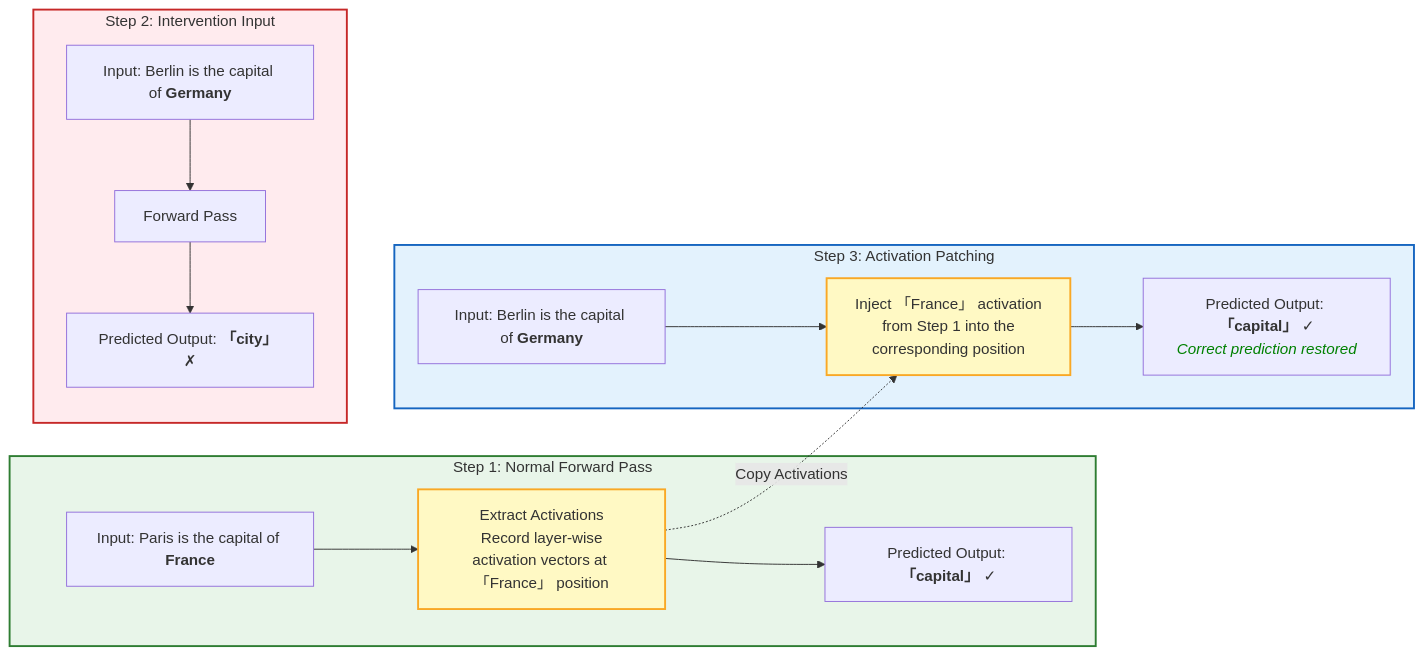
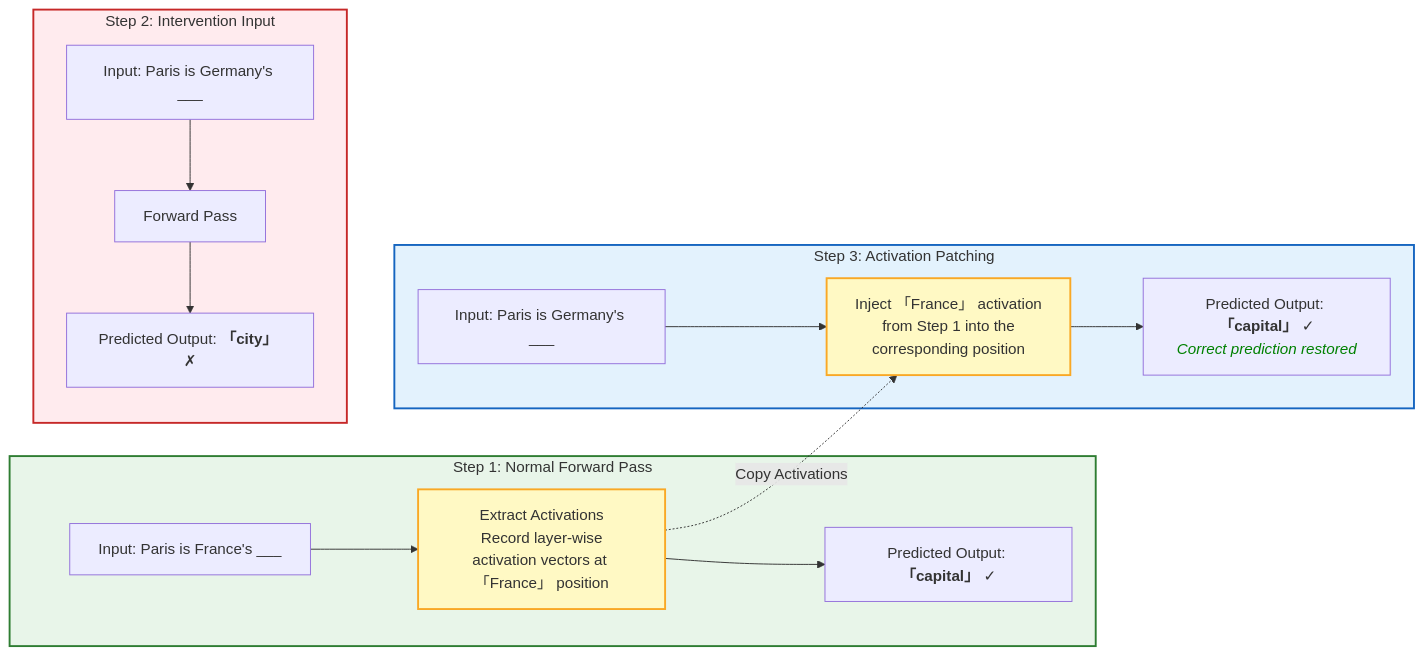
One commit to fenixsoft/dmla changed the third of 3 diagrams in docs/en/language-models/frontier/evaluation-safety.md. Above: the diagram before and after it, drawn with Mermaid. The commit also changed other lines of this file and 1 other file, not shown here.

Commit message:
feat: 校审 evaluation-safety — Causal Tracing示例修复

````diff
--- a/docs/en/language-models/frontier/evaluation-safety.md
+++ b/docs/en/language-models/frontier/evaluation-safety.md
@@ -155,22 +155,22 @@
 ```mermaid compact
 graph LR
     subgraph S1["Step 1: Normal Forward Pass"]
-        N1["Input: Paris is the capital of <b>France</b>"] --> N2["Extract Activations<br/>Record layer-wise<br/>activation vectors at 「France」 position"]
+        N1["Input: Paris is France's ___"] --> N2["Extract Activations<br/>Record layer-wise<br/>activation vectors at 「France」 position"]
         N2 --> N3["Predicted Output: <b>「capital」</b> ✓"]
     end
     subgraph S2["Step 2: Intervention Input"]
-        I1["Input: Berlin is the capital of <b>Germany</b>"] --> I2["Forward Pass"]
+        I1["Input: Paris is Germany's ___"] --> I2["Forward Pass"]
         I2 --> I3["Predicted Output: <b>「city」</b> ✗"]
     end
     subgraph S3["Step 3: Activation Patching"]
-        P1["Input: Berlin is the capital of <b>Germany</b>"] --> P2["Inject 「France」 activation<br/>from Step 1 into the<br/>corresponding position"]
+        P1["Input: Paris is Germany's ___"] --> P2["Inject 「France」 activation<br/>from Step 1 into the<br/>corresponding position"]
         P2 --> P3["Predicted Output: <b>「capital」</b> ✓<br/><i style='color:green'>Correct prediction restored</i>"]
     end
     N2 -.->|"Copy Activations"| P2
 
     style S1 fill:#e8f5e9,stroke:#2e7d32,stroke-width:2px
     style S2 fill:#ffebee,stroke:#c62828,stroke-width:2px
     style S3 fill:#e3f2fd,stroke:#1565c0,stroke-width:2px
     style N2 fill:#fff9c4,stroke:#f9a825,stroke-width:2px
     style P2 fill:#fff9c4,stroke:#f9a825,stroke-width:2px
 ```
````
